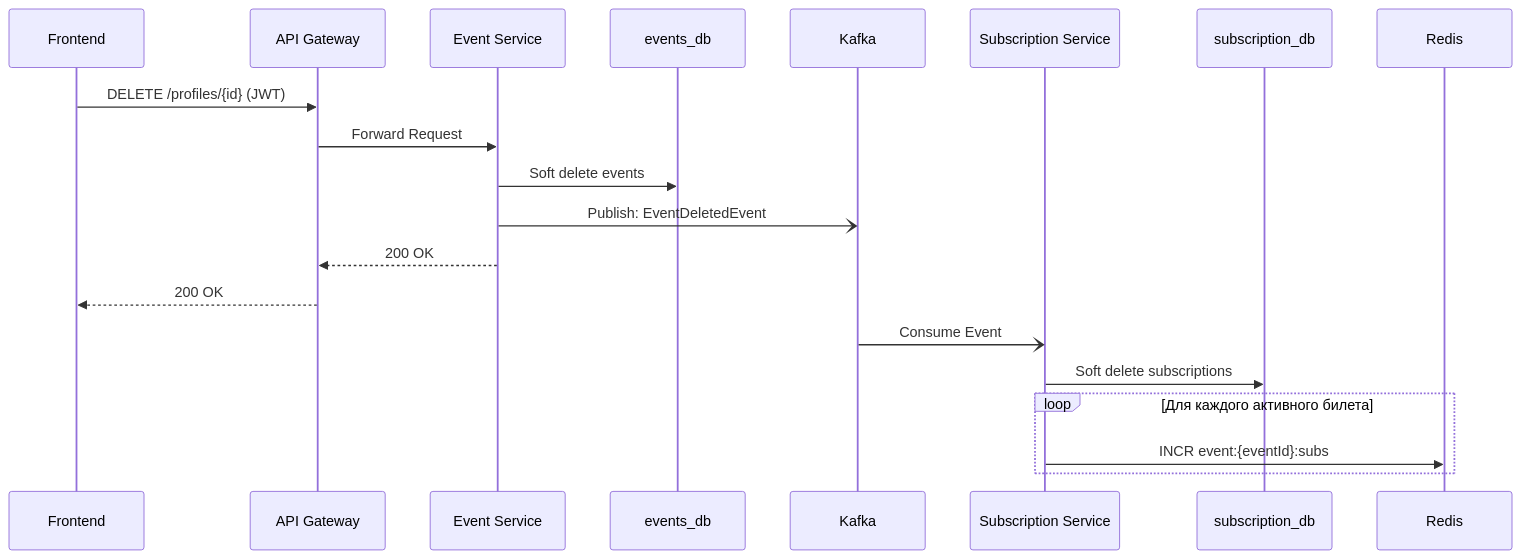
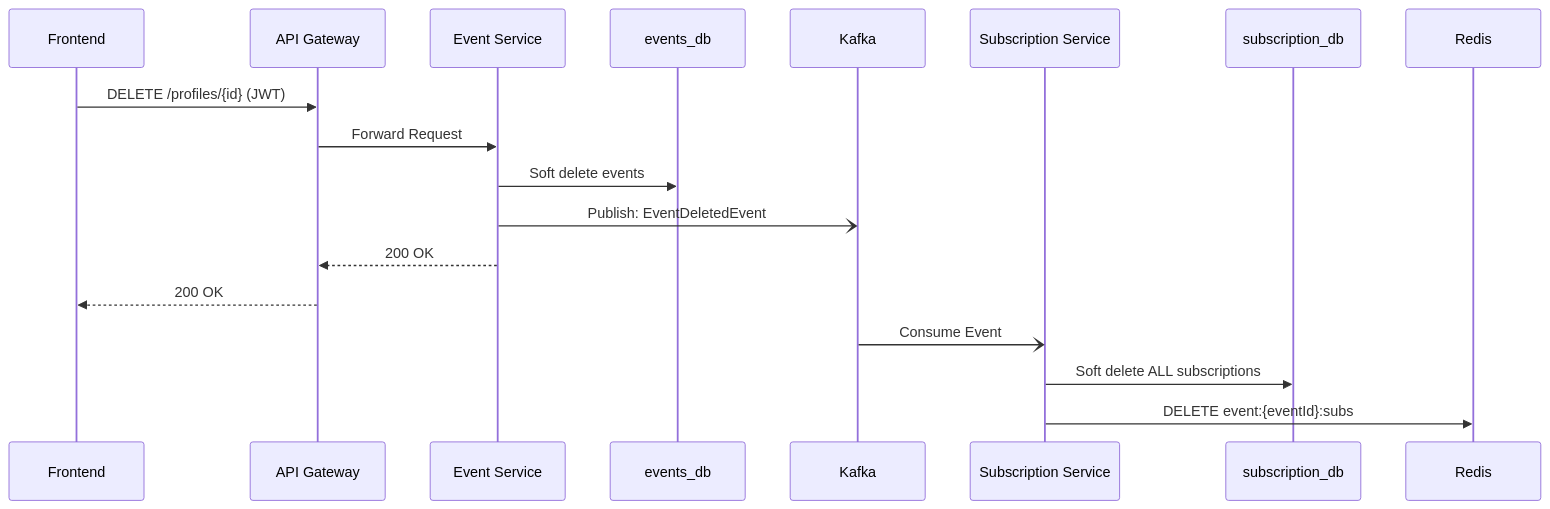
One commit to NewRecon/sport-point-api changed the sixth of 6 diagrams in README.md. Above: the diagram before and after it, drawn with Mermaid. The commit also changed 13 other files, not shown here.

Commit message:
add scenario 4: delete event

````diff
--- a/README.md
+++ b/README.md
@@ -242,23 +242,21 @@
 ```mermaid
 sequenceDiagram
     participant C as Frontend
     participant GW as API Gateway
     participant ES as Event Service
     participant DB1 as events_db
     participant K as Kafka
     participant SS as Subscription Service
     participant DB2 as subscription_db
     participant R as Redis
 
     C->>GW: DELETE /profiles/{id} (JWT)
     GW->>ES: Forward Request
     ES->>DB1: Soft delete events
     ES-)K: Publish: EventDeletedEvent
     ES-->>GW: 200 OK
     GW-->>C: 200 OK
     K-)SS: Consume Event
-    SS->>DB2: Soft delete subscriptions
-    loop Для каждого активного билета
-        SS->>R: INCR event:{eventId}:subs
-    end
+    SS->>DB2: Soft delete ALL subscriptions
+    SS->>R: DELETE event:{eventId}:subs
 ```
````
